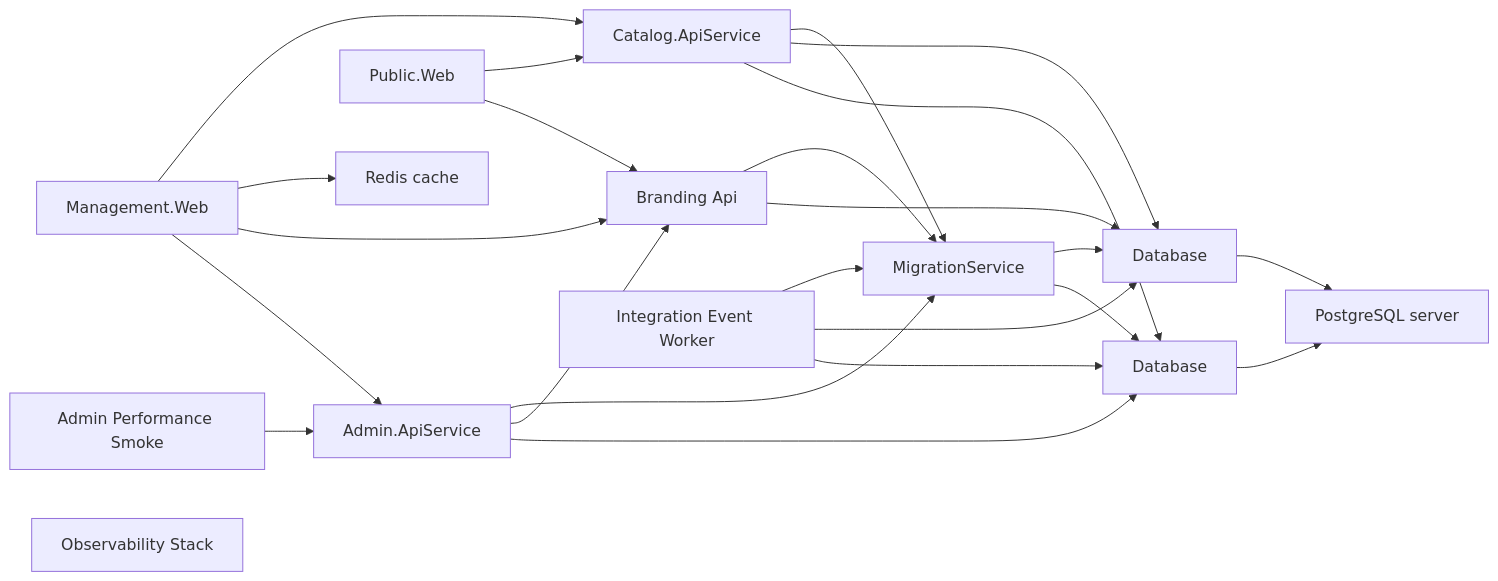
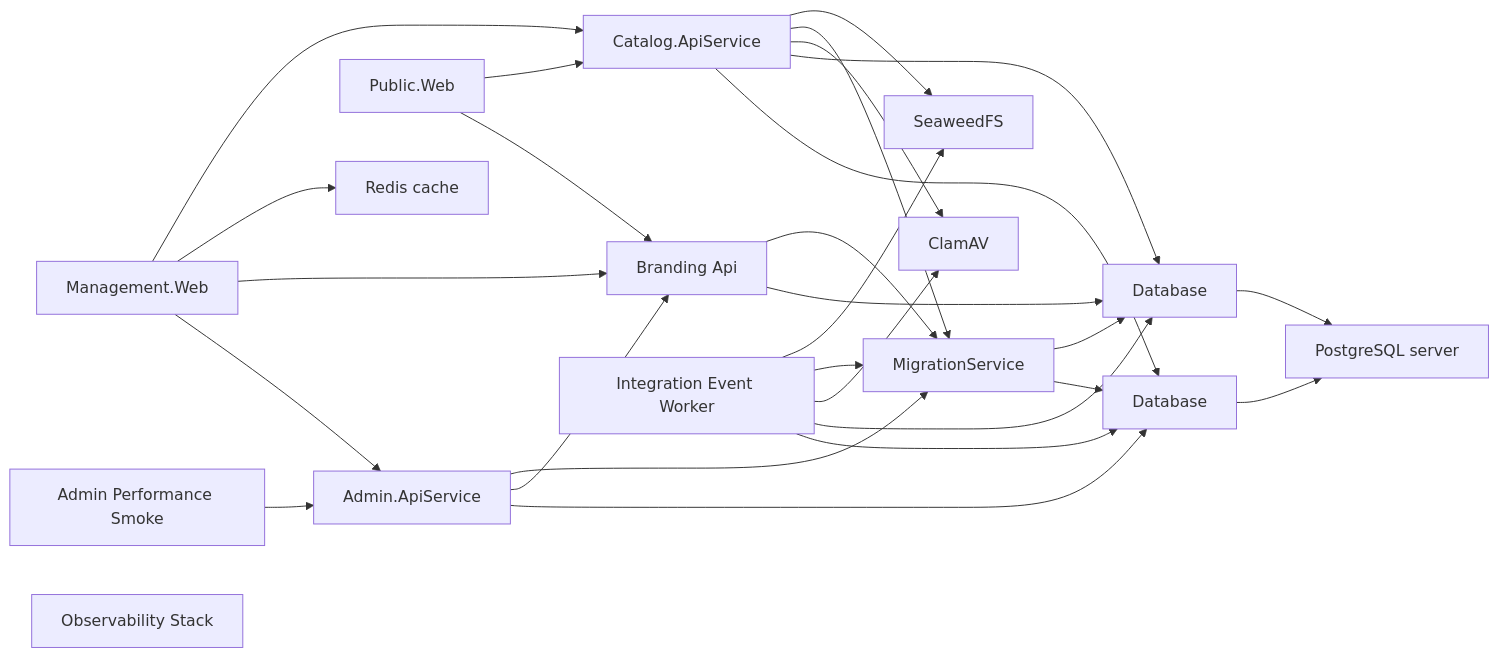
One commit to danigutsch/ViajantesTurismo changed the first of 2 diagrams in docs/architecture/runtime-wiring-and-deployment.md. Above: the diagram before and after it, drawn with Mermaid. The commit also changed 74 other files, not shown here.

````diff
--- a/docs/architecture/runtime-wiring-and-deployment.md
+++ b/docs/architecture/runtime-wiring-and-deployment.md
@@ -13,38 +13,44 @@
 ```mermaid
 flowchart LR
     AdminPerformanceSmoke[Admin Performance Smoke]
     apiService[Admin.ApiService]
     brandingApiService[Branding Api]
     catalogApiService[Catalog.ApiService]
+    clamAv[ClamAV]
     adminDatabase[Database]
     catalogDatabase[Database]
     IntegrationEventWorker[Integration Event Worker]
     ManagementWeb[Management.Web]
     migrationService[MigrationService]
     ObservabilityStack[Observability Stack]
     databaseServer[PostgreSQL server]
     PublicWeb[Public.Web]
     cache[Redis cache]
+    seaweedFs[SeaweedFS]
     AdminPerformanceSmoke --> apiService
     IntegrationEventWorker --> adminDatabase
     IntegrationEventWorker --> catalogDatabase
+    IntegrationEventWorker --> clamAv
     IntegrationEventWorker --> migrationService
+    IntegrationEventWorker --> seaweedFs
     ManagementWeb --> apiService
     ManagementWeb --> brandingApiService
     ManagementWeb --> cache
     ManagementWeb --> catalogApiService
     PublicWeb --> brandingApiService
     PublicWeb --> catalogApiService
     adminDatabase --> databaseServer
     apiService --> adminDatabase
     apiService --> brandingApiService
     apiService --> migrationService
     brandingApiService --> catalogDatabase
     brandingApiService --> migrationService
     catalogApiService --> adminDatabase
     catalogApiService --> catalogDatabase
+    catalogApiService --> clamAv
     catalogApiService --> migrationService
+    catalogApiService --> seaweedFs
     catalogDatabase --> databaseServer
     migrationService --> adminDatabase
     migrationService --> catalogDatabase
 ```
````
